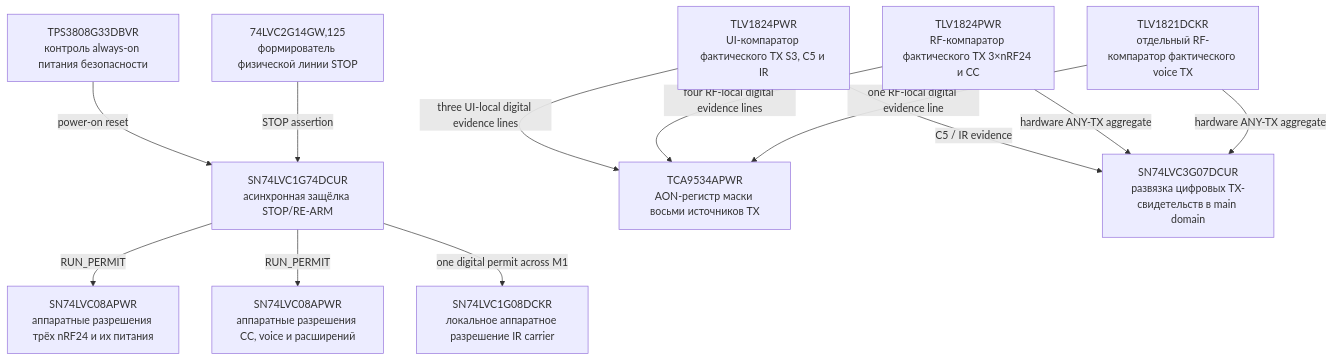
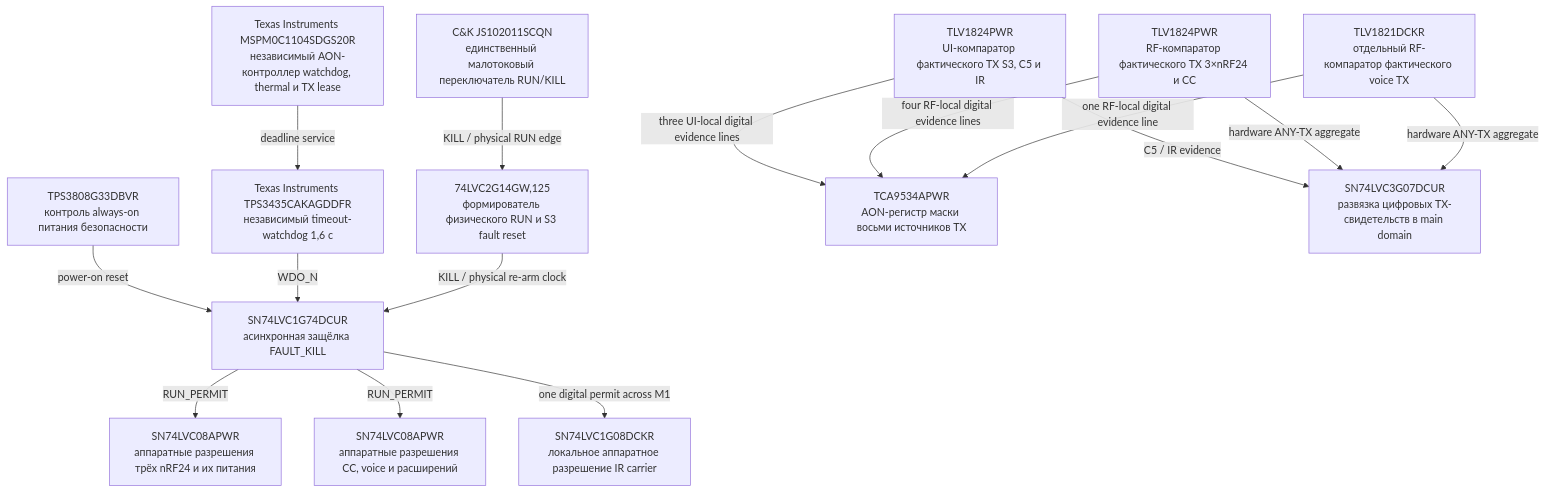
Before and after one commit to anton-vinogradov/esp32-leshy2: the tenth of 10 diagrams in README.ru.md, drawn with Mermaid. The commit also changed other lines of this file and 25 other files, not shown here.

Commit message:
Replace stop controls with monitored RUN KILL safety

````diff
--- a/README.ru.md
+++ b/README.ru.md
@@ -305,25 +308,31 @@
 ```mermaid
 flowchart TD
+POWER_COMMAND_SWITCH["C&K JS102011SCQN<br/>единственный малотоковый переключатель RUN/KILL"]
 SAFE_SUPERVISOR["TPS3808G33DBVR<br/>контроль always-on питания безопасности"]
-SAFE_CONDITIONER["74LVC2G14GW,125<br/>формирователь физической линии STOP"]
-SAFE_LATCH["SN74LVC1G74DCUR<br/>асинхронная защёлка STOP/RE-ARM"]
+SAFETY_CONTROLLER["Texas Instruments MSPM0C1104SDGS20R<br/>независимый AON-контроллер watchdog, thermal и TX lease"]
+SAFETY_WATCHDOG["Texas Instruments TPS3435CAKAGDDFR<br/>независимый timeout-watchdog 1,6 с"]
+SAFE_CONDITIONER["74LVC2G14GW,125<br/>формирователь физического RUN и S3 fault reset"]
+SAFE_LATCH["SN74LVC1G74DCUR<br/>асинхронная защёлка FAULT_KILL"]
 SAFE_GATE_A["SN74LVC08APWR<br/>аппаратные разрешения трёх nRF24 и их питания"]
 SAFE_GATE_B["SN74LVC08APWR<br/>аппаратные разрешения CC, voice и расширений"]
 IR_SAFE_GATE["SN74LVC1G08DCKR<br/>локальное аппаратное разрешение IR carrier"]
 EVIDENCE_CMP_A["TLV1824PWR<br/>UI-компаратор фактического TX S3, C5 и IR"]
 EVIDENCE_CMP_B["TLV1824PWR<br/>RF-компаратор фактического TX 3×nRF24 и CC"]
 EVIDENCE_CMP_VOICE["TLV1821DCKR<br/>отдельный RF-компаратор фактического voice TX"]
 EVIDENCE_MASK["TCA9534APWR<br/>AON-регистр маски восьми источников TX"]
 EVIDENCE_MAIN_ISOLATOR["SN74LVC3G07DCUR<br/>развязка цифровых TX-свидетельств в main domain"]
   SAFE_SUPERVISOR -->|"power-on reset"| SAFE_LATCH
-  SAFE_CONDITIONER -->|"STOP assertion"| SAFE_LATCH
+  POWER_COMMAND_SWITCH -->|"KILL / physical RUN edge"| SAFE_CONDITIONER
+  SAFETY_CONTROLLER -->|"deadline service"| SAFETY_WATCHDOG
+  SAFETY_WATCHDOG -->|"WDO_N"| SAFE_LATCH
+  SAFE_CONDITIONER -->|"KILL / physical re-arm clock"| SAFE_LATCH
   SAFE_LATCH -->|"RUN_PERMIT"| SAFE_GATE_A
   SAFE_LATCH -->|"RUN_PERMIT"| SAFE_GATE_B
   SAFE_LATCH -->|"one digital permit across M1"| IR_SAFE_GATE
   EVIDENCE_CMP_A -->|"three UI-local digital evidence lines"| EVIDENCE_MASK
   EVIDENCE_CMP_B -->|"four RF-local digital evidence lines"| EVIDENCE_MASK
   EVIDENCE_CMP_VOICE -->|"one RF-local digital evidence line"| EVIDENCE_MASK
   EVIDENCE_CMP_A -->|"C5 / IR evidence"| EVIDENCE_MAIN_ISOLATOR
   EVIDENCE_CMP_B -->|"hardware ANY-TX aggregate"| EVIDENCE_MAIN_ISOLATOR
   EVIDENCE_CMP_VOICE -->|"hardware ANY-TX aggregate"| EVIDENCE_MAIN_ISOLATOR
 ```
````
